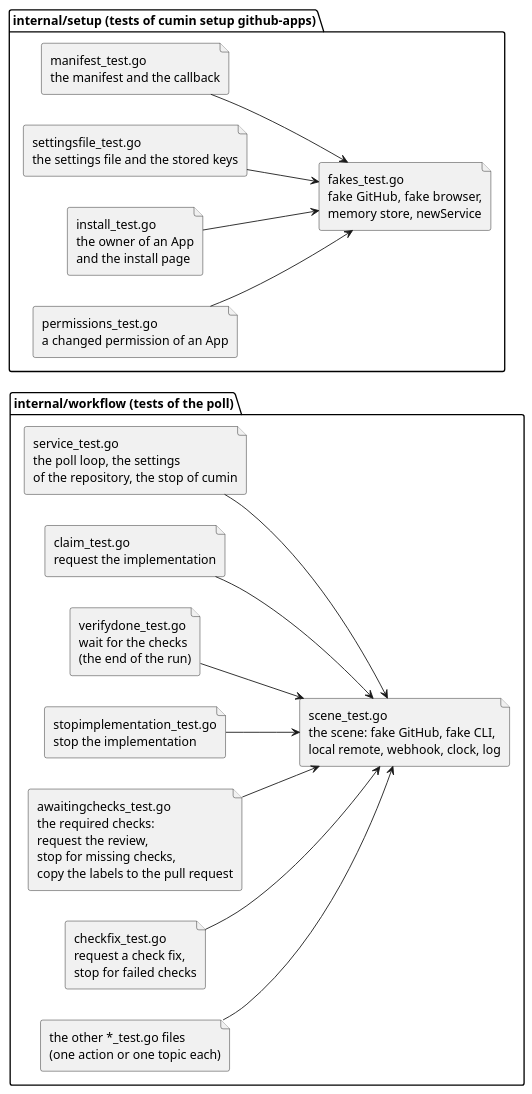
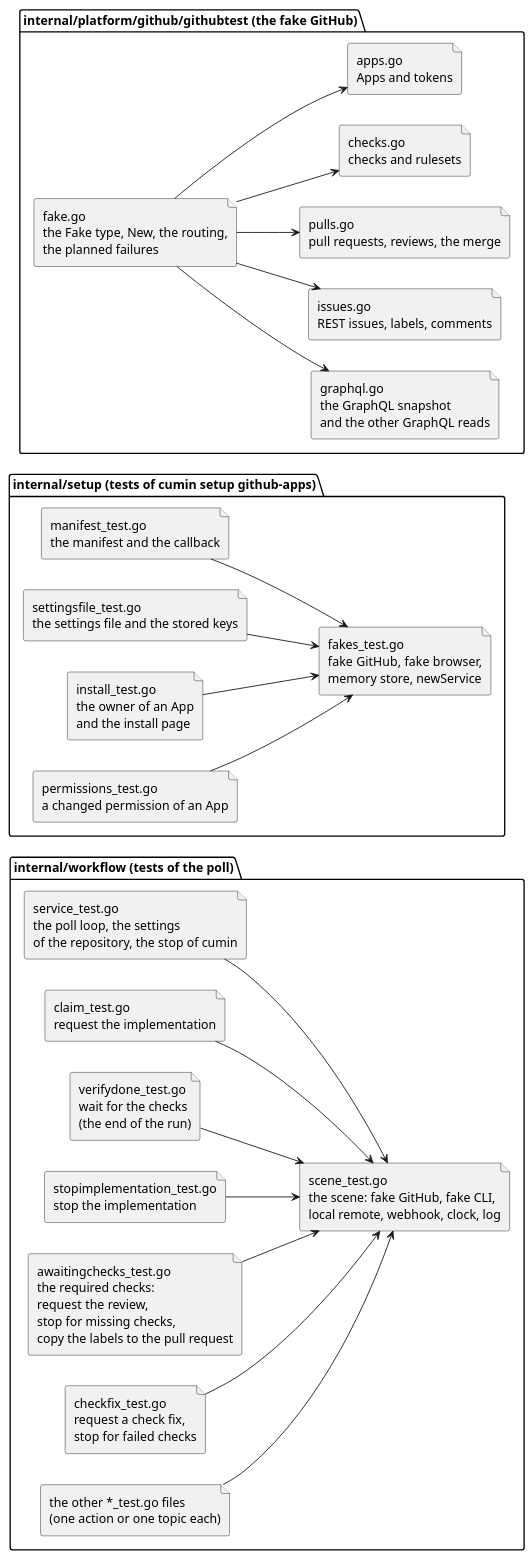
The diagram in docs/ja/designs/code-layout-files.puml (cloveclovedev/cumin-works), drawn with PlantUML before and after one commit. The commit also changed 8 other files, not shown here.

First line of the commit message:
test(githubtest): split the fake GitHub by endpoint group (#660)

```diff
--- a/docs/ja/designs/code-layout-files.puml
+++ b/docs/ja/designs/code-layout-files.puml
@@ -1,41 +1,56 @@
 @startuml code-layout-files
 ' cumin works - the files of a package, where the table of code-layout.md
 ' cannot show which file uses which.
 ' Document: code-layout.md, topic on the files of the tests.
 ' Render: run scripts/render-diagrams.sh at the root of the repository.
 skinparam shadowing false
 skinparam defaultFontName sans-serif
 left to right direction
 
 package "internal/workflow (tests of the poll)" {
   file "scene_test.go\nthe scene: fake GitHub, fake CLI,\nlocal remote, webhook, clock, log" as scene
   file "service_test.go\nthe poll loop, the settings\nof the repository, the stop of cumin" as loop
   file "claim_test.go\nrequest the implementation" as claim
   file "verifydone_test.go\nwait for the checks\n(the end of the run)" as verify
   file "stopimplementation_test.go\nstop the implementation" as stopimpl
   file "awaitingchecks_test.go\nthe required checks:\nrequest the review,\nstop for missing checks,\ncopy the labels to the pull request" as awaiting
   file "checkfix_test.go\nrequest a check fix,\nstop for failed checks" as checkfix
   file "the other *_test.go files\n(one action or one topic each)" as others
 }
 
 loop --> scene
 claim --> scene
 verify --> scene
 stopimpl --> scene
 awaiting --> scene
 checkfix --> scene
 others --> scene
 
 package "internal/setup (tests of cumin setup github-apps)" {
   file "fakes_test.go\nfake GitHub, fake browser,\nmemory store, newService" as fakes
   file "manifest_test.go\nthe manifest and the callback" as manifest
   file "settingsfile_test.go\nthe settings file and the stored keys" as settingsfile
   file "install_test.go\nthe owner of an App\nand the install page" as install
   file "permissions_test.go\na changed permission of an App" as permissions
 }
 
 manifest --> fakes
 settingsfile --> fakes
 install --> fakes
 permissions --> fakes
+
+package "internal/platform/github/githubtest (the fake GitHub)" {
+  file "fake.go\nthe Fake type, New, the routing,\nthe planned failures" as fake
+  file "graphql.go\nthe GraphQL snapshot\nand the other GraphQL reads" as fakegraphql
+  file "issues.go\nREST issues, labels, comments" as fakeissues
+  file "pulls.go\npull requests, reviews, the merge" as fakepulls
+  file "checks.go\nchecks and rulesets" as fakechecks
+  file "apps.go\nApps and tokens" as fakeapps
+}
+
+fake --> fakegraphql
+fake --> fakeissues
+fake --> fakepulls
+fake --> fakechecks
+fake --> fakeapps
 @enduml
```
